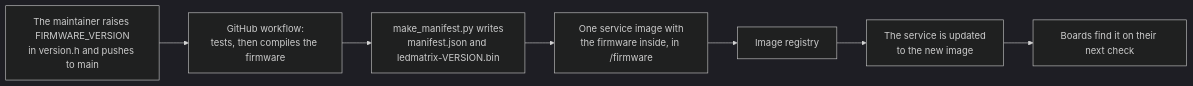
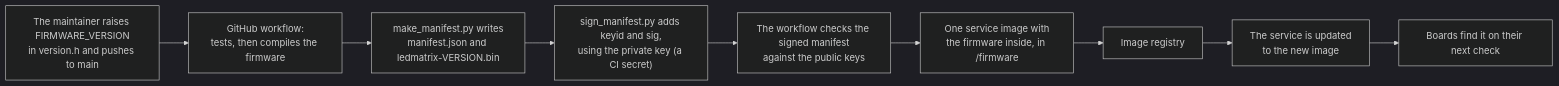
The tenth of 13 diagrams in docs/architecture.md (suvl/ledmatrix), drawn with Mermaid (dark theme) before and after one commit. The commit also changed other lines of this file and 7 other files, not shown here.

First line of the commit message:
Docs wave 2: weather outside Portugal, headline editions, signed updates and key rotation [skip ci]

````diff
--- a/docs/architecture.md
+++ b/docs/architecture.md
@@ -469,9 +479,11 @@
 ```mermaid
 flowchart LR
   bump["The maintainer raises FIRMWARE_VERSION<br/>in version.h and pushes to main"] --> ci["GitHub workflow:<br/>tests, then compiles the firmware"]
   ci --> man["make_manifest.py writes<br/>manifest.json and ledmatrix-VERSION.bin"]
-  man --> img["One service image with<br/>the firmware inside, in /firmware"]
+  man --> sign["sign_manifest.py adds keyid and sig,<br/>using the private key (a CI secret)"]
+  sign --> chk["The workflow checks the signed manifest<br/>against the public keys"]
+  chk --> img["One service image with<br/>the firmware inside, in /firmware"]
   img --> reg["Image registry"]
   reg --> deploy["The service is updated<br/>to the new image"]
   deploy --> board["Boards find it on their next check"]
 ```
````
